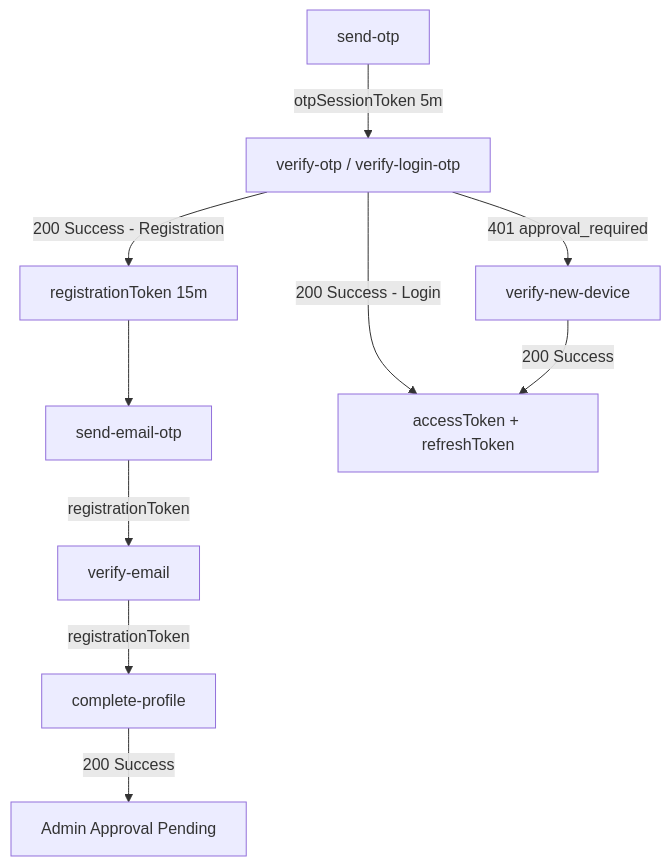
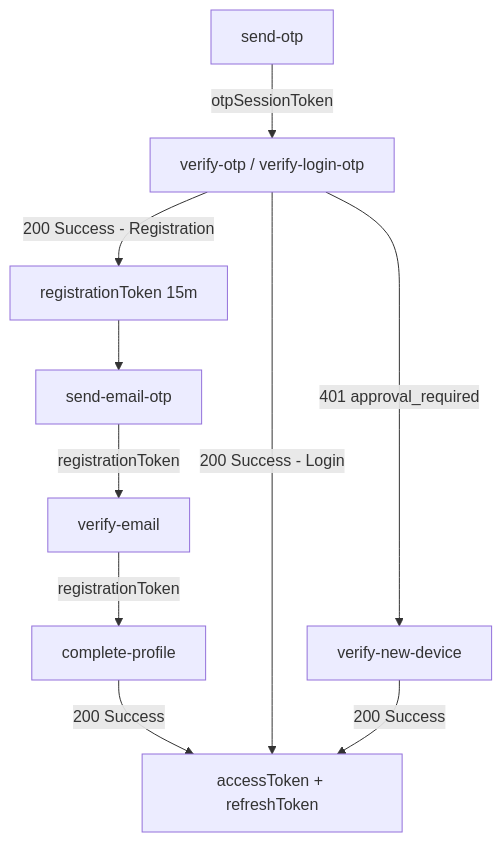
The diagram in auth-service/TESTING_GUIDE.md (itsaditya0108/Chronogram_Live), drawn with Mermaid before and after one commit. The commit also changed other lines of this file and 79 other files, not shown here.

````diff
--- a/auth-service/TESTING_GUIDE.md
+++ b/auth-service/TESTING_GUIDE.md
@@ -53,12 +55,12 @@
 ```mermaid
 graph TD
-    A[send-otp] -->|otpSessionToken 5m| B[verify-otp / verify-login-otp]
+    A[send-otp] -->|otpSessionToken| B[verify-otp / verify-login-otp]
     B -->|401 approval_required| C[verify-new-device]
     B -->|200 Success - Registration| D[registrationToken 15m]
     D --> E[send-email-otp]
     E -->|registrationToken| F[verify-email]
     F -->|registrationToken| G[complete-profile]
-    G -->|200 Success| H[Admin Approval Pending]
-    B -->|200 Success - Login| I[accessToken + refreshToken]
+    G -->|200 Success| I[accessToken + refreshToken]
+    B -->|200 Success - Login| I
     C -->|200 Success| I
 ```
````
